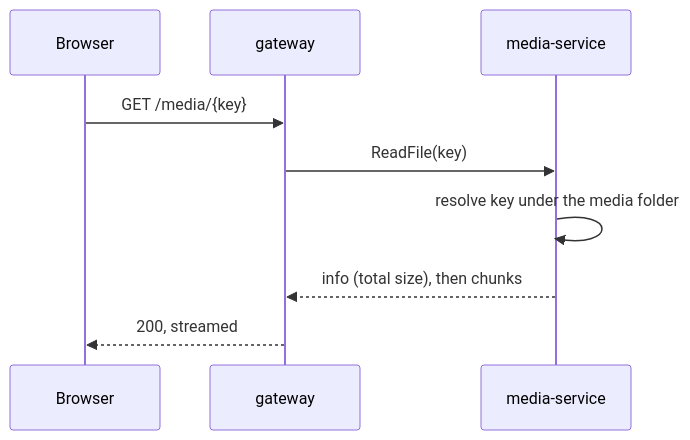
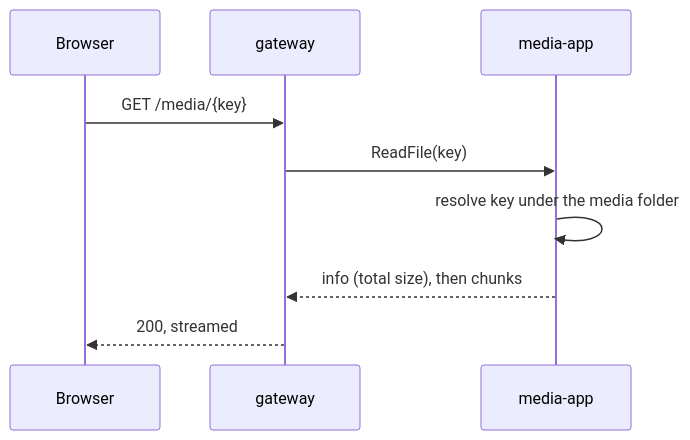
Before and after one commit to dancepop/svelte-kotlin-try: the sixth of 6 diagrams in docs/backend-design.md, drawn with Mermaid. The commit also changed other lines of this file and 125 other files, not shown here.

````diff
--- a/docs/backend-design.md
+++ b/docs/backend-design.md
@@ -216,11 +216,11 @@
 ```mermaid
 sequenceDiagram
   participant B as Browser
   participant G as gateway
-  participant M as media-service
+  participant M as media-app
   B->>G: GET /media/{key}
   G->>M: ReadFile(key)
   M->>M: resolve key under the media folder
   M-->>G: info (total size), then chunks
   G-->>B: 200, streamed
 ```
````
